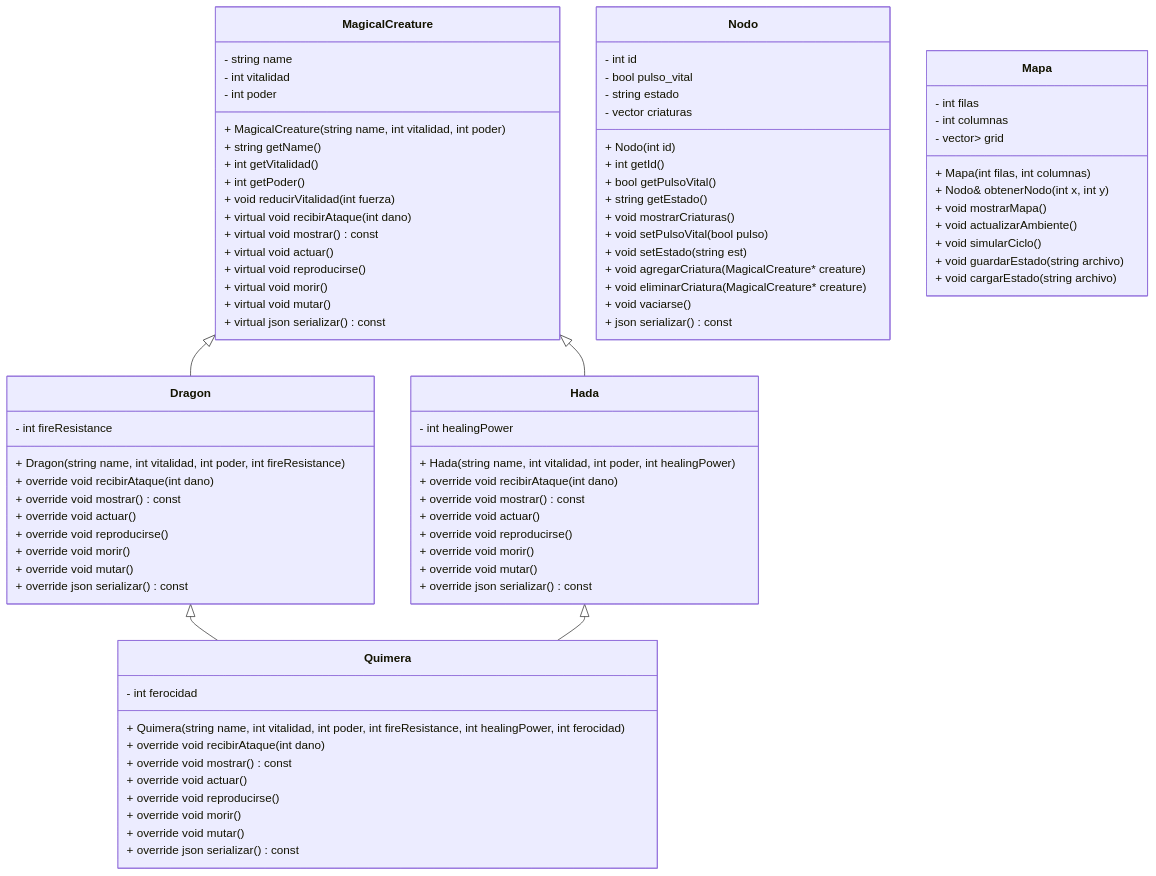
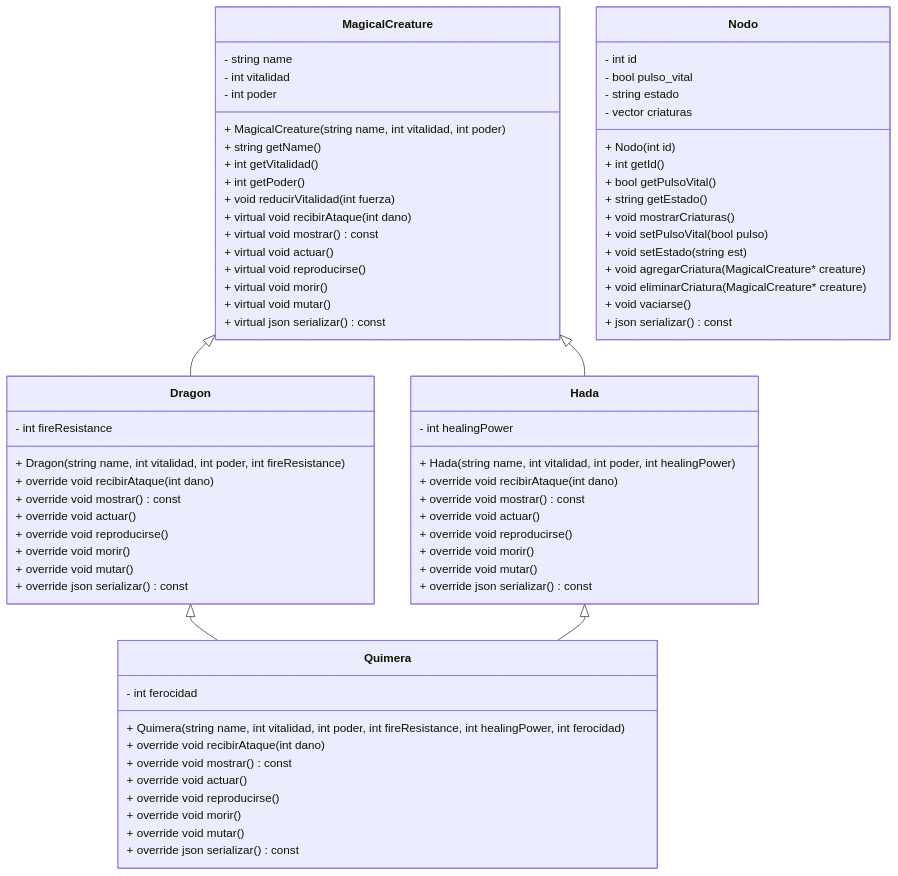
One commit to SantiTGS/ULM changed the diagram in Proyecto.md. Above: the diagram before and after it, drawn with Mermaid.

```diff
--- a/Proyecto.md
+++ b/Proyecto.md
@@ -73,19 +73,6 @@
     + json serializar() const
 }
 
-class Mapa {
-    - int filas
-    - int columnas
-    - vector<vector<Nodo>> grid
-    + Mapa(int filas, int columnas)
-    + Nodo& obtenerNodo(int x, int y)
-    + void mostrarMapa()
-    + void actualizarAmbiente()
-    + void simularCiclo()
-    + void guardarEstado(string archivo)
-    + void cargarEstado(string archivo)
-}
-
 MagicalCreature <|-- Dragon
 MagicalCreature <|-- Hada
 Dragon <|-- Quimera
```
